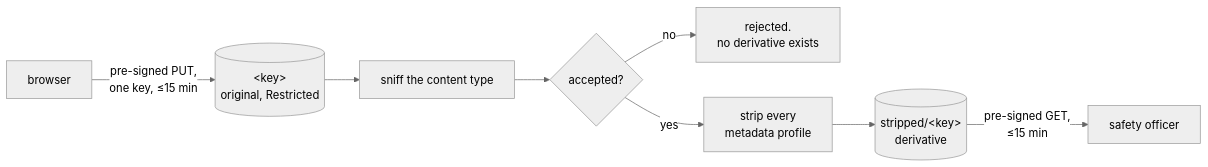
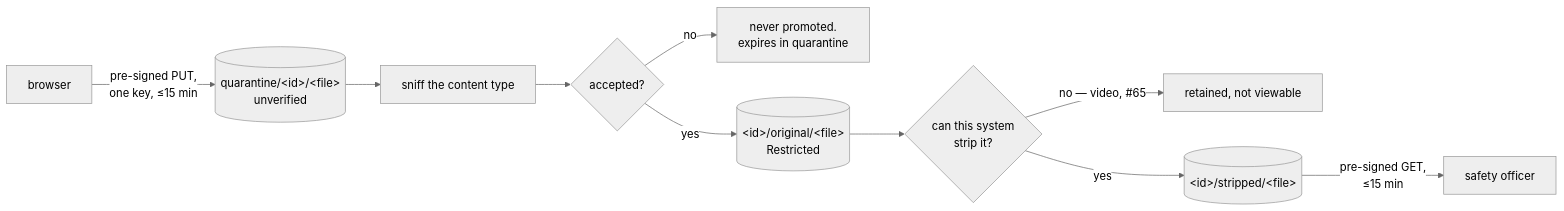
One commit to HPAC-Safety/safety-report changed the diagram in docs/data-handling.md. Above: the diagram before and after it, drawn with Mermaid (neutral theme). The commit also changed other lines of this file and 47 other files, not shown here.

First line of the commit message:
Accept video and HEIC, namespace every key by report id, and quarantine uploads

````diff
--- a/docs/data-handling.md
+++ b/docs/data-handling.md
@@ -57,10 +83,12 @@
 ```mermaid
 flowchart LR
-    b["browser"] -->|"pre-signed PUT,<br/>one key, ≤15 min"| orig[("&lt;key&gt;<br/>original, Restricted")]
-    orig --> sniff["sniff the content type"]
+    b["browser"] -->|"pre-signed PUT,<br/>one key, ≤15 min"| q[("quarantine/&lt;id&gt;/&lt;file&gt;<br/>unverified")]
+    q --> sniff["sniff the content type"]
     sniff --> val{"accepted?"}
-    val -->|no| rej["rejected.<br/>no derivative exists"]
-    val -->|yes| strip["strip every<br/>metadata profile"]
-    strip --> der[("stripped/&lt;key&gt;<br/>derivative")]
+    val -->|no| rej["never promoted.<br/>expires in quarantine"]
+    val -->|yes| orig[("&lt;id&gt;/original/&lt;file&gt;<br/>Restricted")]
+    orig --> can{"can this system<br/>strip it?"}
+    can -->|"no — video, #65"| held["retained, not viewable"]
+    can -->|yes| der[("&lt;id&gt;/stripped/&lt;file&gt;")]
     der -->|"pre-signed GET,<br/>≤15 min"| rev["safety officer"]
 ```
````
